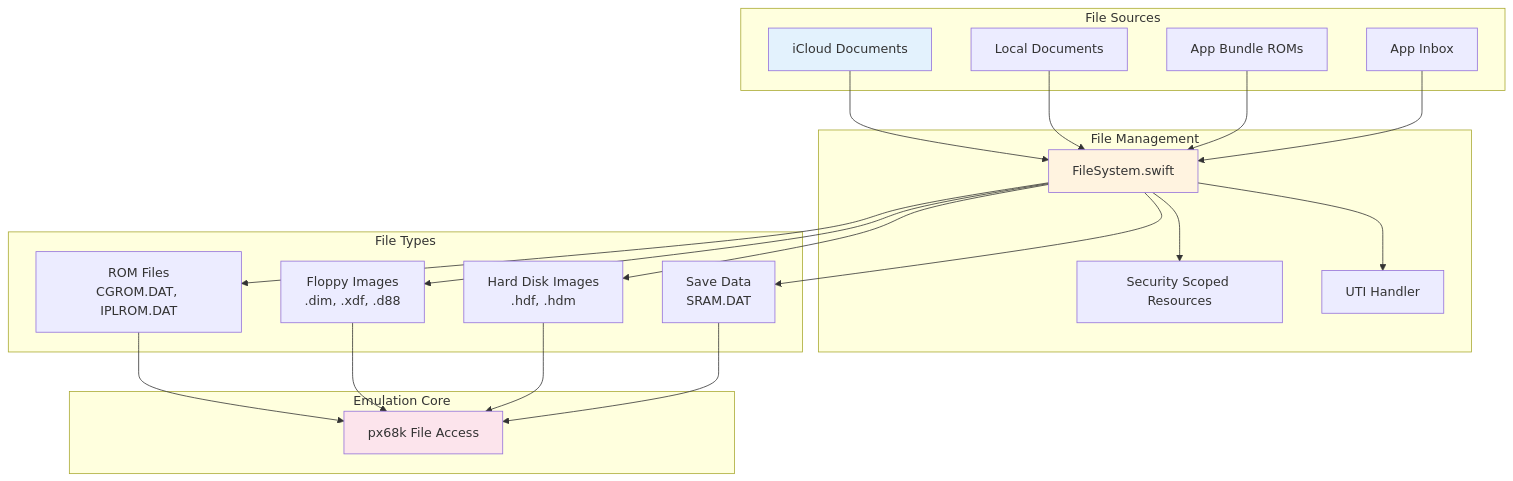
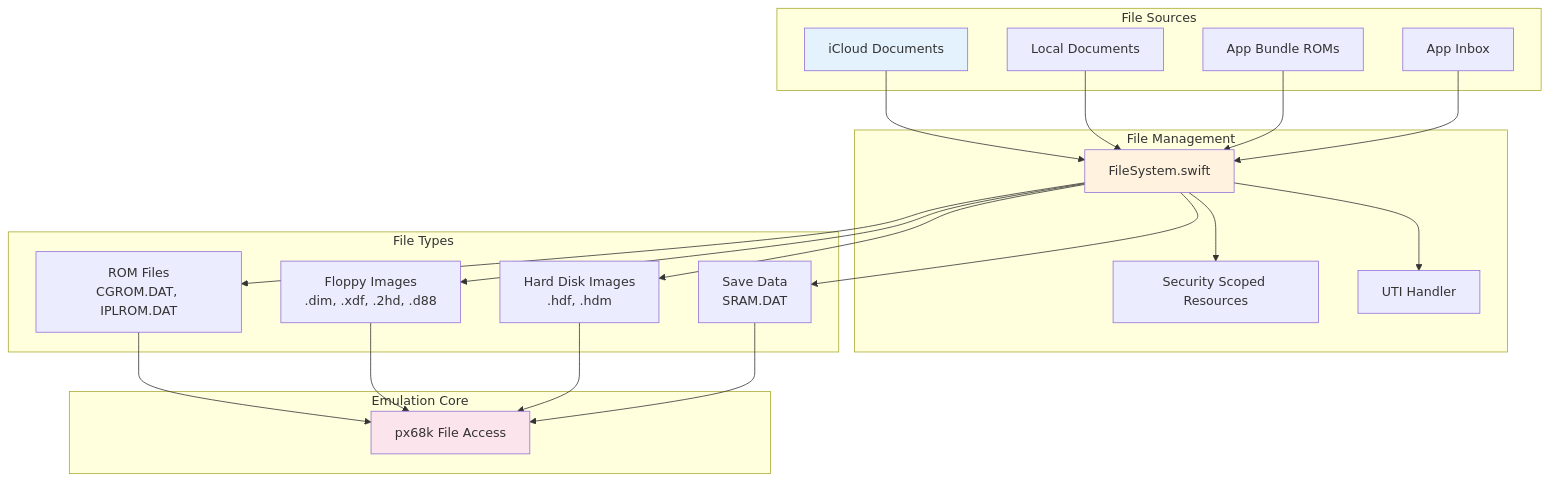
The fourth of 8 diagrams in ARCHITECTURE.md (YosAwed/MPX68K), drawn with Mermaid before and after one commit. The commit also changed 8 other files, not shown here.

Commit message:
Support .2hd floppy disk images

````diff
--- a/ARCHITECTURE.md
+++ b/ARCHITECTURE.md
@@ -117,48 +117,48 @@
 ```mermaid
 graph TD
     subgraph "File Sources"
         iCloudDocs[iCloud Documents]
         LocalDocs[Local Documents]
         AppBundle[App Bundle ROMs]
         Inbox[App Inbox]
     end
     
     subgraph "File Management"
         FileSystem[FileSystem.swift]
         SecurityScope[Security Scoped Resources]
         UTIHandler[UTI Handler]
     end
     
     subgraph "File Types"
         ROM[ROM Files<br/>CGROM.DAT, IPLROM.DAT]
-        Floppy[Floppy Images<br/>.dim, .xdf, .d88]
+        Floppy[Floppy Images<br/>.dim, .xdf, .2hd, .d88]
         HDD[Hard Disk Images<br/>.hdf, .hdm]
         SaveData[Save Data<br/>SRAM.DAT]
     end
     
     subgraph "Emulation Core"
         PX68K_FS[px68k File Access]
     end
     
     iCloudDocs --> FileSystem
     LocalDocs --> FileSystem
     AppBundle --> FileSystem
     Inbox --> FileSystem
     
     FileSystem --> SecurityScope
     FileSystem --> UTIHandler
     
     FileSystem --> ROM
     FileSystem --> Floppy
     FileSystem --> HDD
     FileSystem --> SaveData
     
     ROM --> PX68K_FS
     Floppy --> PX68K_FS
     HDD --> PX68K_FS
     SaveData --> PX68K_FS
     
     style iCloudDocs fill:#e3f2fd
     style FileSystem fill:#fff3e0
     style PX68K_FS fill:#fce4ec
 ```
````
